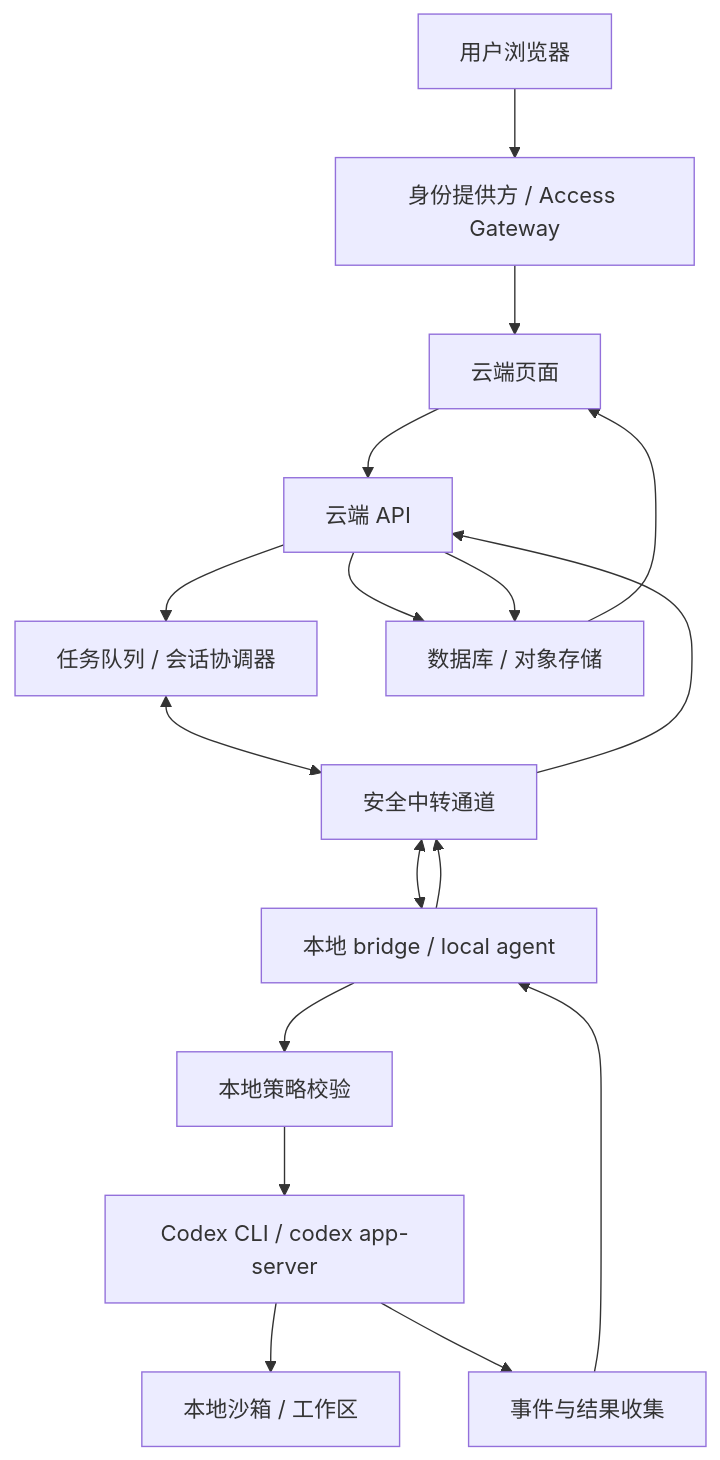
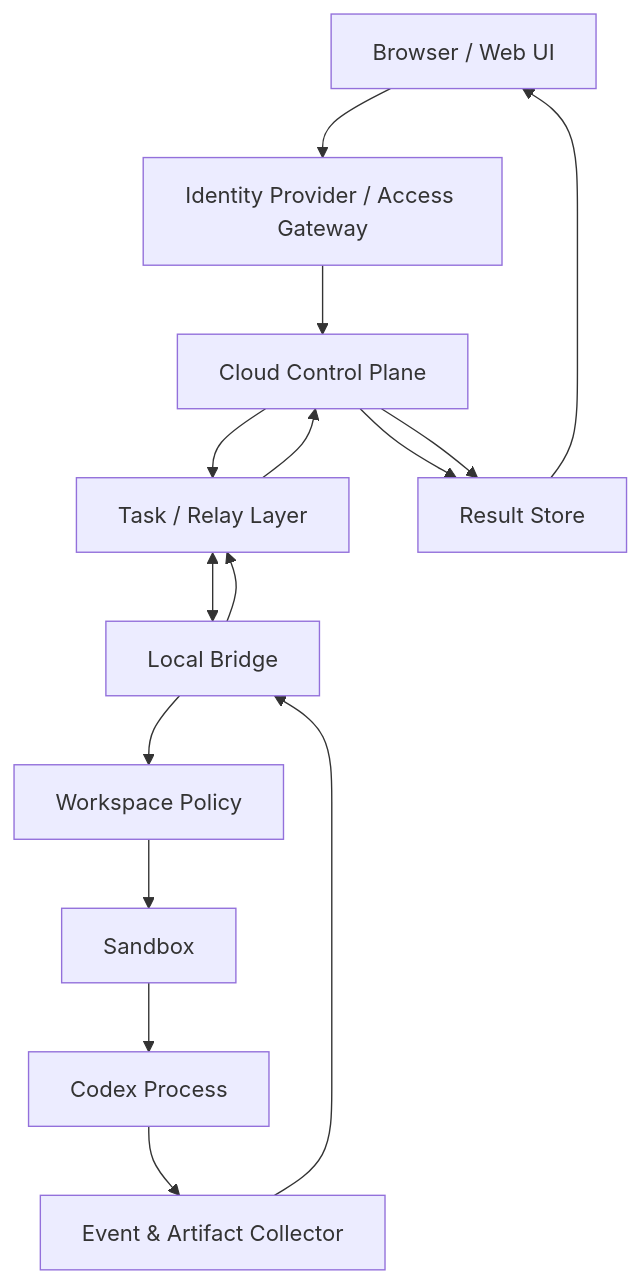
Before and after one commit to Feini2002/cloud-to-local-codex-bridge: the diagram in README.md, drawn with Mermaid. The commit also changed other lines of this file and 2 other files, not shown here.

````diff
--- a/README.md
+++ b/README.md
@@ -98,19 +67,17 @@
 ```mermaid
 flowchart TD
-  Browser["用户浏览器"] --> Access["身份提供方 / Access Gateway"]
-  Access --> Web["云端页面"]
-  Web --> API["云端 API"]
-  API --> Queue["任务队列 / 会话协调器"]
-  API --> DB["数据库 / 对象存储"]
-  Queue <--> Relay["安全中转通道"]
-  Relay <--> Bridge["本地 bridge / local agent"]
-  Bridge --> Policy["本地策略校验"]
-  Policy --> Codex["Codex CLI / codex app-server"]
-  Codex --> Sandbox["本地沙箱 / 工作区"]
-  Codex --> Collector["事件与结果收集"]
+  Browser["Browser / Web UI"] --> Access["Identity Provider / Access Gateway"]
+  Access --> API["Cloud Control Plane"]
+  API --> Queue["Task / Relay Layer"]
+  API --> Store["Result Store"]
+  Queue <--> Bridge["Local Bridge"]
+  Bridge --> Policy["Workspace Policy"]
+  Policy --> Sandbox["Sandbox"]
+  Sandbox --> Codex["Codex Process"]
+  Codex --> Collector["Event & Artifact Collector"]
   Collector --> Bridge
-  Bridge --> Relay
-  Relay --> API
-  API --> DB
-  DB --> Web
+  Bridge --> Queue
+  Queue --> API
+  API --> Store
+  Store --> Browser
 ```
````
